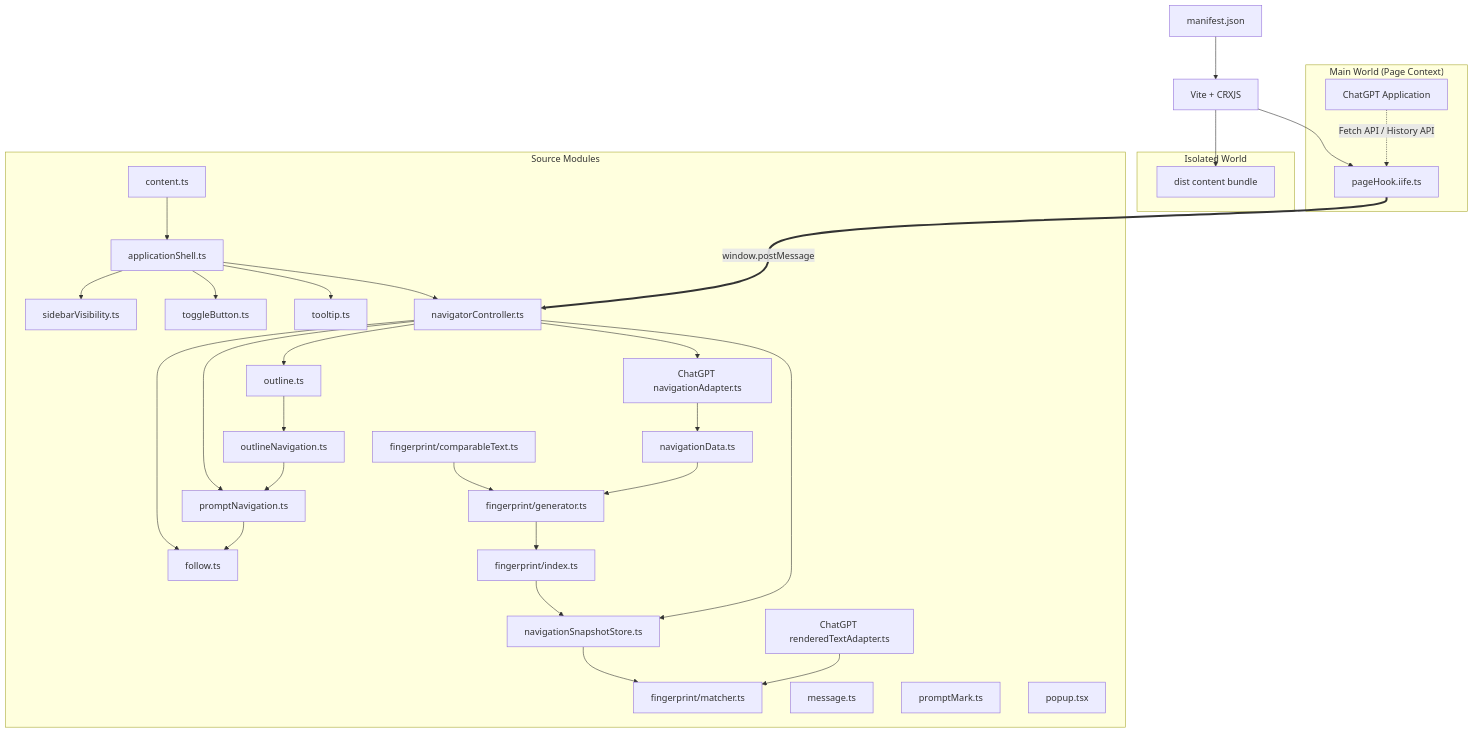
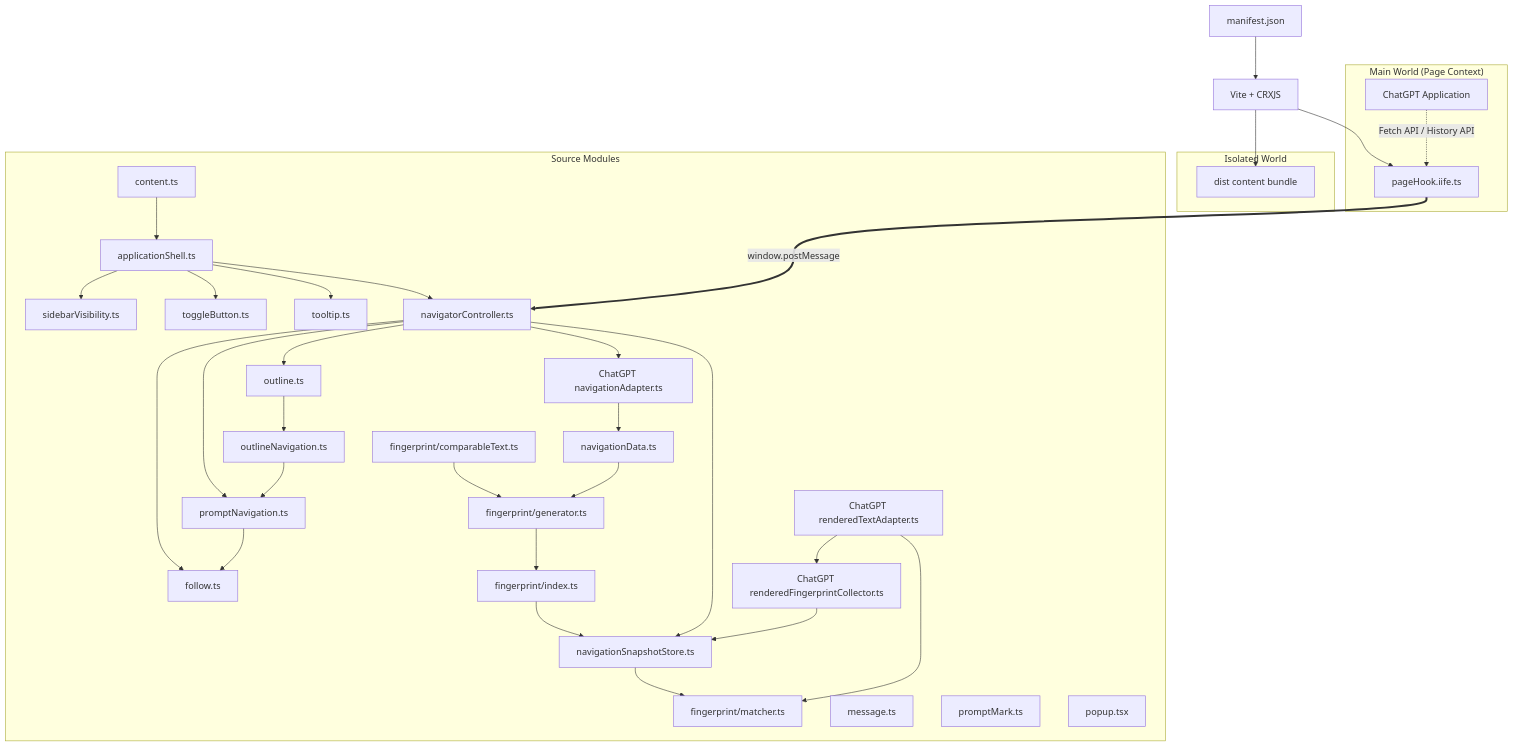
One commit to Leo7805/luna-toc changed the diagram in docs/ARCHITECTURE.md. Above: the diagram before and after it, drawn with Mermaid. The commit also changed other lines of this file and 9 other files, not shown here.

````diff
--- a/docs/ARCHITECTURE.md
+++ b/docs/ARCHITECTURE.md
@@ -15,64 +15,67 @@
 ```mermaid
 graph TD
     manifest[manifest.json]
     vite[Vite + CRXJS]
 
     subgraph sourceModules["Source Modules"]
         content[content.ts]
         outline[outline.ts]
         outlineNavigation[outlineNavigation.ts]
         follow[follow.ts]
         promptNavigation[promptNavigation.ts]
         navigationData[navigationData.ts]
         comparableText[fingerprint/comparableText.ts]
         fingerprint[fingerprint/generator.ts]
         fingerprintIndex[fingerprint/index.ts]
         fingerprintMatcher[fingerprint/matcher.ts]
         snapshotStore[navigationSnapshotStore.ts]
         chatGptAdapter[ChatGPT navigationAdapter.ts]
         chatGptRenderedText[ChatGPT renderedTextAdapter.ts]
+        chatGptFingerprintCollector[ChatGPT renderedFingerprintCollector.ts]
         msg[message.ts]
         mark[promptMark.ts]
         vis[sidebarVisibility.ts]
         btn[toggleButton.ts]
         tip[tooltip.ts]
         navigator[navigatorController.ts]
         shell[applicationShell.ts]
         popup[popup.tsx]
     end
 
     subgraph isolatedWorld["Isolated World"]
         contentBundle[dist content bundle]
     end
 
     subgraph mainWorld["Main World (Page Context)"]
         hook[pageHook.iife.ts]
         chatgpt[ChatGPT Application]
     end
 
     manifest --> vite
     content --> shell
     shell --> navigator
     shell --> vis
     shell --> btn
     shell --> tip
     navigator --> outline
     navigator --> promptNavigation
     chatGptAdapter --> navigationData
     comparableText --> fingerprint
     navigationData --> fingerprint
     fingerprint --> fingerprintIndex
     fingerprintIndex --> snapshotStore
     snapshotStore --> fingerprintMatcher
     navigator --> snapshotStore
     navigator --> chatGptAdapter
     chatGptRenderedText --> fingerprintMatcher
+    chatGptRenderedText --> chatGptFingerprintCollector
+    chatGptFingerprintCollector --> snapshotStore
     navigator --> follow
     outline --> outlineNavigation
     outlineNavigation --> promptNavigation
     promptNavigation --> follow
     vite --> contentBundle
     vite --> hook
     hook ===>|window.postMessage| navigator
     chatgpt -.->|Fetch API / History API| hook
 ```
````
